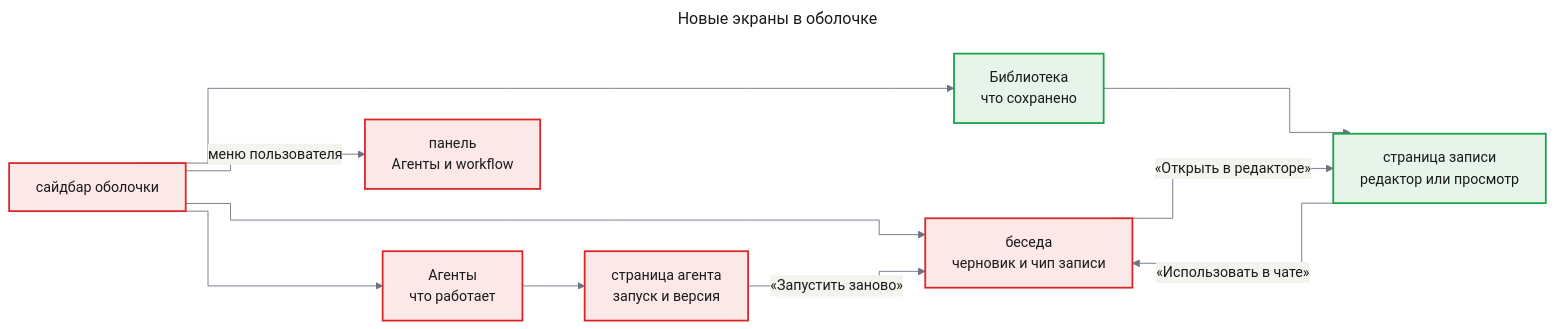
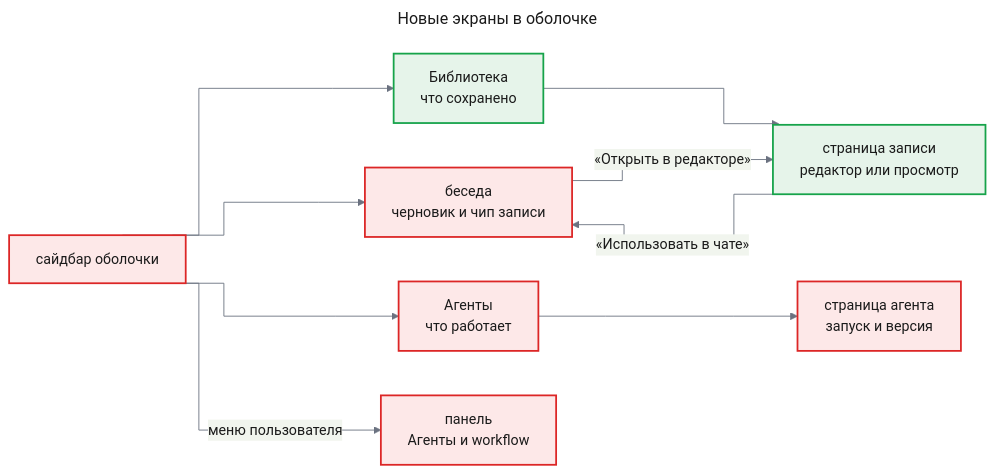
The first of 5 diagrams in docs/features/custom-agents/uxrd.md (tundraray/agent-os), drawn with Mermaid before and after one commit. The commit also changed other lines of this file and 2 other files, not shown here.

````diff
--- a/docs/features/custom-agents/uxrd.md
+++ b/docs/features/custom-agents/uxrd.md
@@ -74,36 +75,35 @@
 ```mermaid
 ---
 title: "Новые экраны в оболочке"
 config:
   theme: base
   look: classic
   themeVariables:
     primaryColor: "#eef1f5"
     primaryBorderColor: "#4b5563"
     primaryTextColor: "#1a1a1a"
     lineColor: "#6b7280"
   flowchart:
     curve: step
 ---
 flowchart LR
     side["сайдбар оболочки"]
     chat["беседа<br/>черновик и чип записи"]
     agents["Агенты<br/>что работает"]
     page["страница агента<br/>запуск и версия"]
     lib["Библиотека<br/>что сохранено"]
     rec["страница записи<br/>редактор или просмотр"]
     panel["панель<br/>Агенты и workflow"]
     side --> chat
     side --> agents
     side --> lib
     side -->|"меню пользователя"| panel
     agents --> page
     lib --> rec
     chat -->|"«Открыть в редакторе»"| rec
     rec -->|"«Использовать в чате»"| chat
-    page -->|"«Запустить заново»"| chat
     classDef changed fill:#fde8e8,stroke:#dc2626,stroke-width:2px,color:#1a1a1a
     classDef new fill:#e6f4ea,stroke:#16a34a,stroke-width:2px,color:#1a1a1a
     class side,chat,agents,page,panel changed
     class lib,rec new
 ```
````
